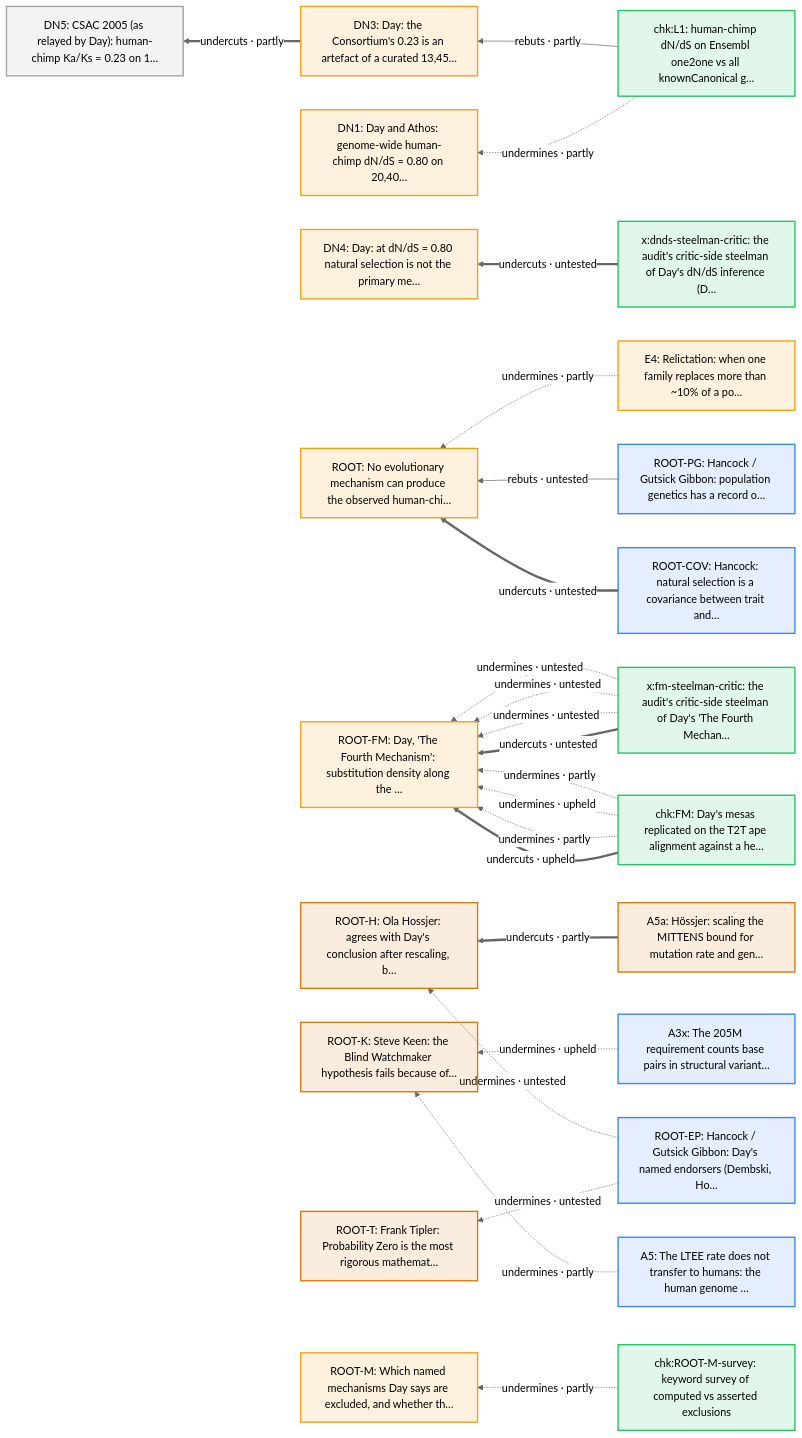
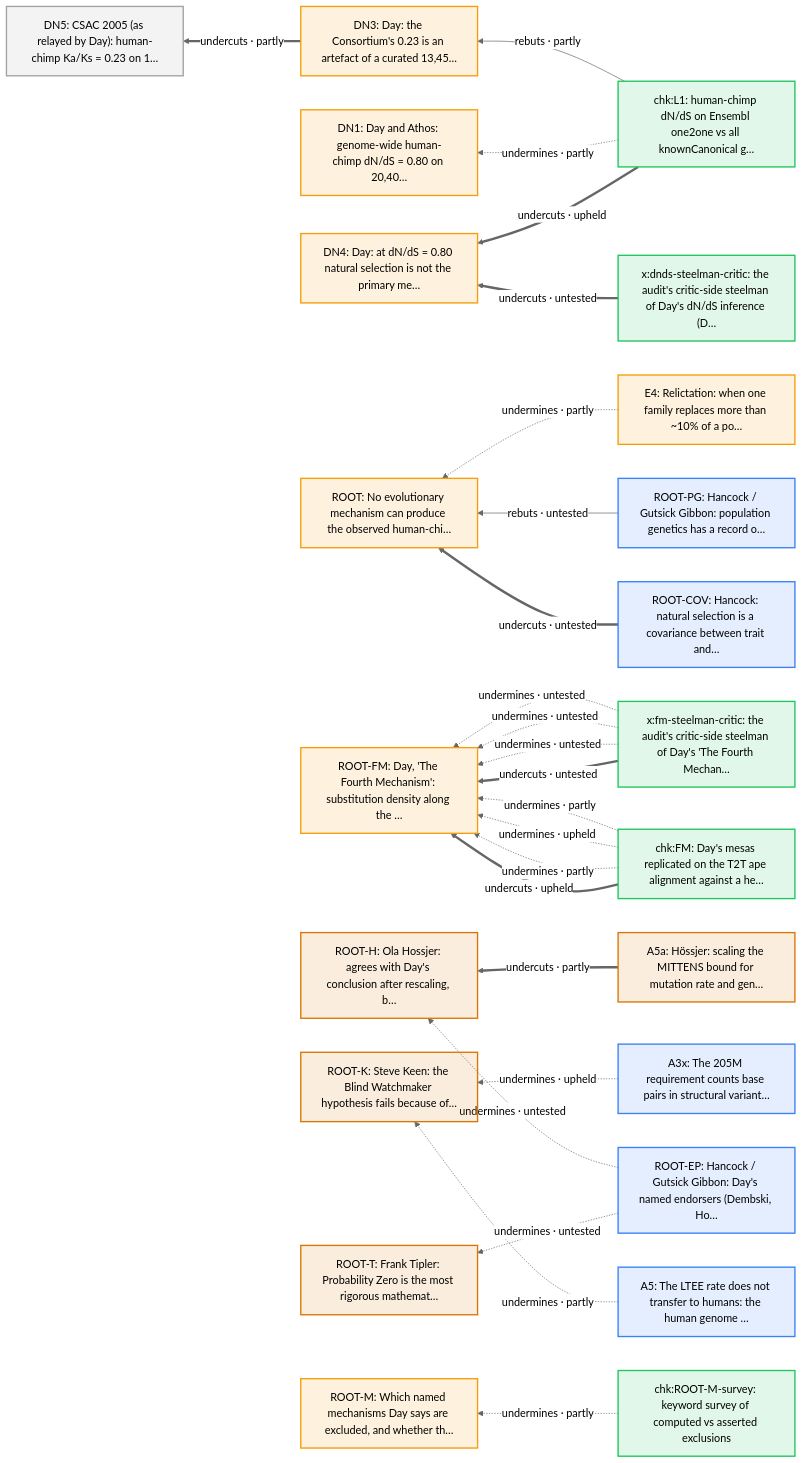
Diagram 16 of 20 in docs/arguments/defeaters.md (nickallevato/evo-sim), drawn with Mermaid (neutral theme) before and after one commit. The commit also changed other lines of this file and 25 other files, not shown here.

````diff
--- a/docs/arguments/defeaters.md
+++ b/docs/arguments/defeaters.md
@@ -851,51 +851,52 @@
 ```mermaid
 flowchart RL
   classDef day fill:#f59e0b22,stroke:#f59e0b,stroke-width:2px
   classDef ally fill:#d9770622,stroke:#d97706,stroke-width:2px
   classDef critic fill:#3b82f622,stroke:#3b82f6,stroke-width:2px
   classDef literature fill:#a3a3a322,stroke:#a3a3a3,stroke-width:2px
   classDef audit fill:#22c55e22,stroke:#22c55e,stroke-width:2px
   A3x["A3x: The 205M requirement counts base pairs in structural variant…"]:::critic
   A5["A5: The LTEE rate does not transfer to humans: the human genome …"]:::critic
   A5a["A5a: Hössjer: scaling the MITTENS bound for mutation rate and gen…"]:::ally
   DN1["DN1: Day and Athos: genome-wide human-chimp dN/dS = 0.80 on 20,40…"]:::day
   DN3["DN3: Day: the Consortium's 0.23 is an artefact of a curated 13,45…"]:::day
   DN4["DN4: Day: at dN/dS = 0.80 natural selection is not the primary me…"]:::day
   DN5["DN5: CSAC 2005 (as relayed by Day): human-chimp Ka/Ks = 0.23 on 1…"]:::literature
   E4["E4: Relictation: when one family replaces more than ~10% of a po…"]:::day
   ROOT["ROOT: No evolutionary mechanism can produce the observed human-chi…"]:::day
   ROOT_COV["ROOT-COV: Hancock: natural selection is a covariance between trait and…"]:::critic
   ROOT_EP["ROOT-EP: Hancock / Gutsick Gibbon: Day's named endorsers (Dembski, Ho…"]:::critic
   ROOT_FM["ROOT-FM: Day, 'The Fourth Mechanism': substitution density along the …"]:::day
   ROOT_H["ROOT-H: Ola Hossjer: agrees with Day's conclusion after rescaling, b…"]:::ally
   ROOT_K["ROOT-K: Steve Keen: the Blind Watchmaker hypothesis fails because of…"]:::ally
   ROOT_M["ROOT-M: Which named mechanisms Day says are excluded, and whether th…"]:::day
   ROOT_PG["ROOT-PG: Hancock / Gutsick Gibbon: population genetics has a record o…"]:::critic
   ROOT_T["ROOT-T: Frank Tipler: Probability Zero is the most rigorous mathemat…"]:::ally
   chk_FM["chk:FM: Day's mesas replicated on the T2T ape alignment against a he…"]:::audit
   chk_L1["chk:L1: human-chimp dN/dS on Ensembl one2one vs all knownCanonical g…"]:::audit
   chk_ROOT_M_survey["chk:ROOT-M-survey: keyword survey of computed vs asserted exclusions"]:::audit
   x_dnds_steelman_critic["x:dnds-steelman-critic: the audit's critic-side steelman of Day's dN/dS inference (D…"]:::audit
   x_fm_steelman_critic["x:fm-steelman-critic: the audit's critic-side steelman of Day's 'The Fourth Mechan…"]:::audit
   E4 -.->|"undermines · partly"| ROOT
   ROOT_PG -->|"rebuts · untested"| ROOT
   ROOT_COV ==>|"undercuts · untested"| ROOT
   chk_L1 -->|"rebuts · partly"| DN3
   DN3 ==>|"undercuts · partly"| DN5
   x_fm_steelman_critic -.->|"undermines · untested"| ROOT_FM
   x_fm_steelman_critic -.->|"undermines · untested"| ROOT_FM
   x_fm_steelman_critic -.->|"undermines · untested"| ROOT_FM
   x_fm_steelman_critic ==>|"undercuts · untested"| ROOT_FM
   chk_FM -.->|"undermines · partly"| ROOT_FM
   chk_FM -.->|"undermines · upheld"| ROOT_FM
   chk_FM -.->|"undermines · partly"| ROOT_FM
   chk_FM ==>|"undercuts · upheld"| ROOT_FM
   ROOT_EP -.->|"undermines · untested"| ROOT_H
   A5a ==>|"undercuts · partly"| ROOT_H
   A3x -.->|"undermines · upheld"| ROOT_K
   A5 -.->|"undermines · partly"| ROOT_K
   chk_ROOT_M_survey -.->|"undermines · partly"| ROOT_M
   ROOT_EP -.->|"undermines · untested"| ROOT_T
   chk_L1 -.->|"undermines · partly"| DN1
   x_dnds_steelman_critic ==>|"undercuts · untested"| DN4
+  chk_L1 ==>|"undercuts · upheld"| DN4
 ```
````
